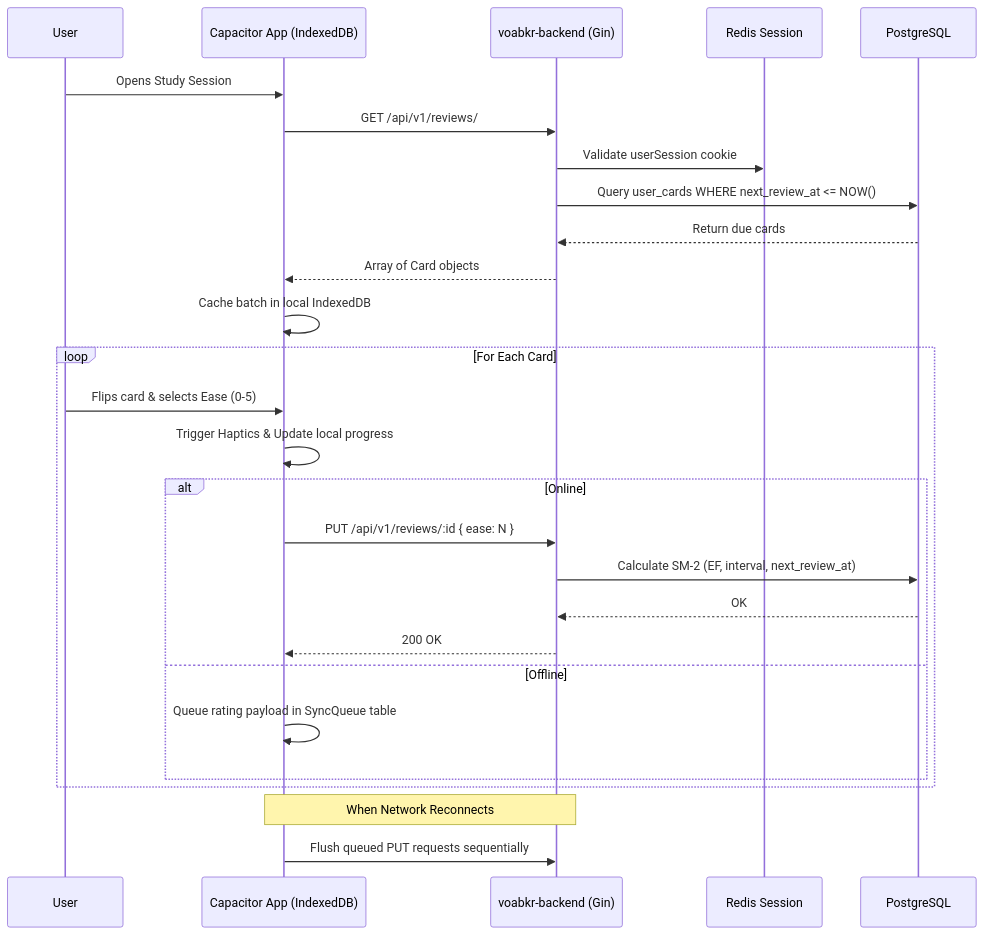
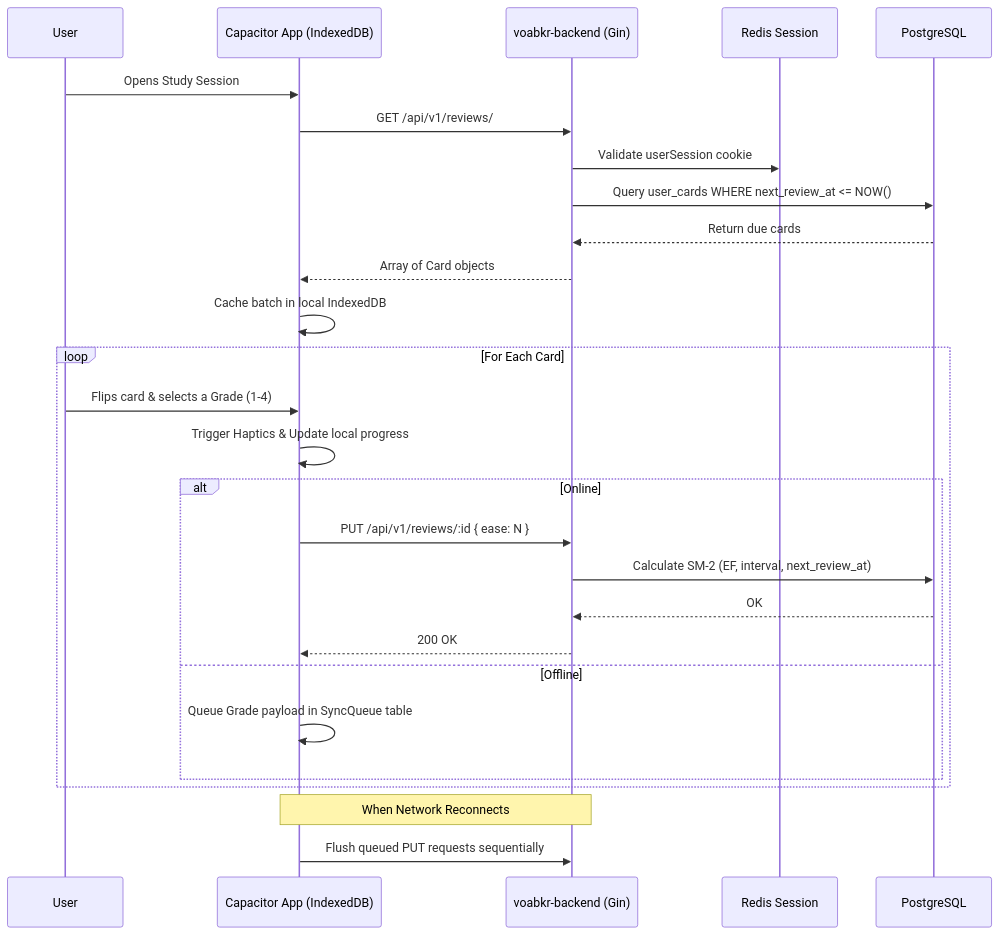
Before and after one commit to Fankhauserli/voabkr-frontend: the second of 2 diagrams in FRONTEND_SPEC.md, drawn with Mermaid. The commit also changed other lines of this file and 7 other files, not shown here.

````diff
--- a/FRONTEND_SPEC.md
+++ b/FRONTEND_SPEC.md
@@ -525,32 +520,32 @@
 ```mermaid
 sequenceDiagram
     participant User
     participant App as Capacitor App (IndexedDB)
     participant API as voabkr-backend (Gin)
     participant Redis as Redis Session
     participant DB as PostgreSQL
 
     User->>App: Opens Study Session
     App->>API: GET /api/v1/reviews/
     API->>Redis: Validate userSession cookie
     API->>DB: Query user_cards WHERE next_review_at <= NOW()
     DB-->>API: Return due cards
     API-->>App: Array of Card objects
     App->>App: Cache batch in local IndexedDB
 
     loop For Each Card
-        User->>App: Flips card & selects Ease (0-5)
+        User->>App: Flips card & selects a Grade (1-4)
         App->>App: Trigger Haptics & Update local progress
         alt Online
             App->>API: PUT /api/v1/reviews/:id { ease: N }
             API->>DB: Calculate SM-2 (EF, interval, next_review_at)
             DB-->>API: OK
             API-->>App: 200 OK
         else Offline
-            App->>App: Queue rating payload in SyncQueue table
+            App->>App: Queue Grade payload in SyncQueue table
         end
     end
 
     Note over App,API: When Network Reconnects
     App->>API: Flush queued PUT requests sequentially
 ```
````
